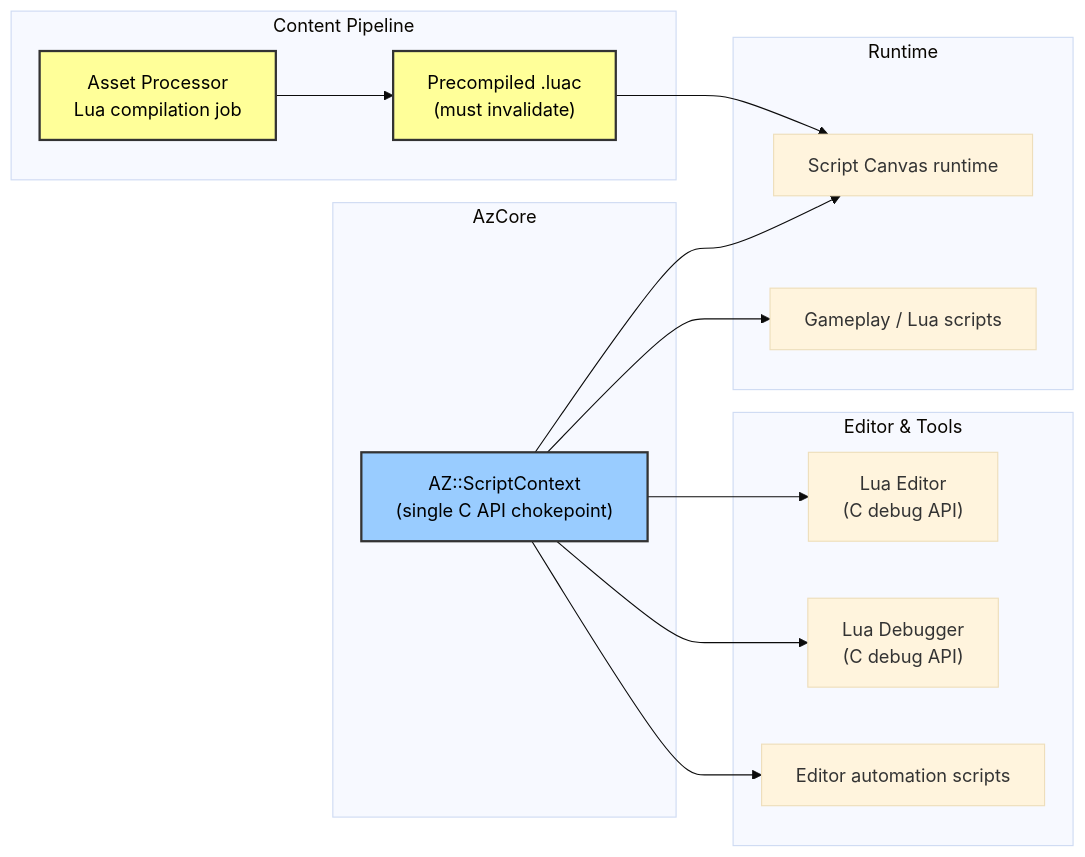
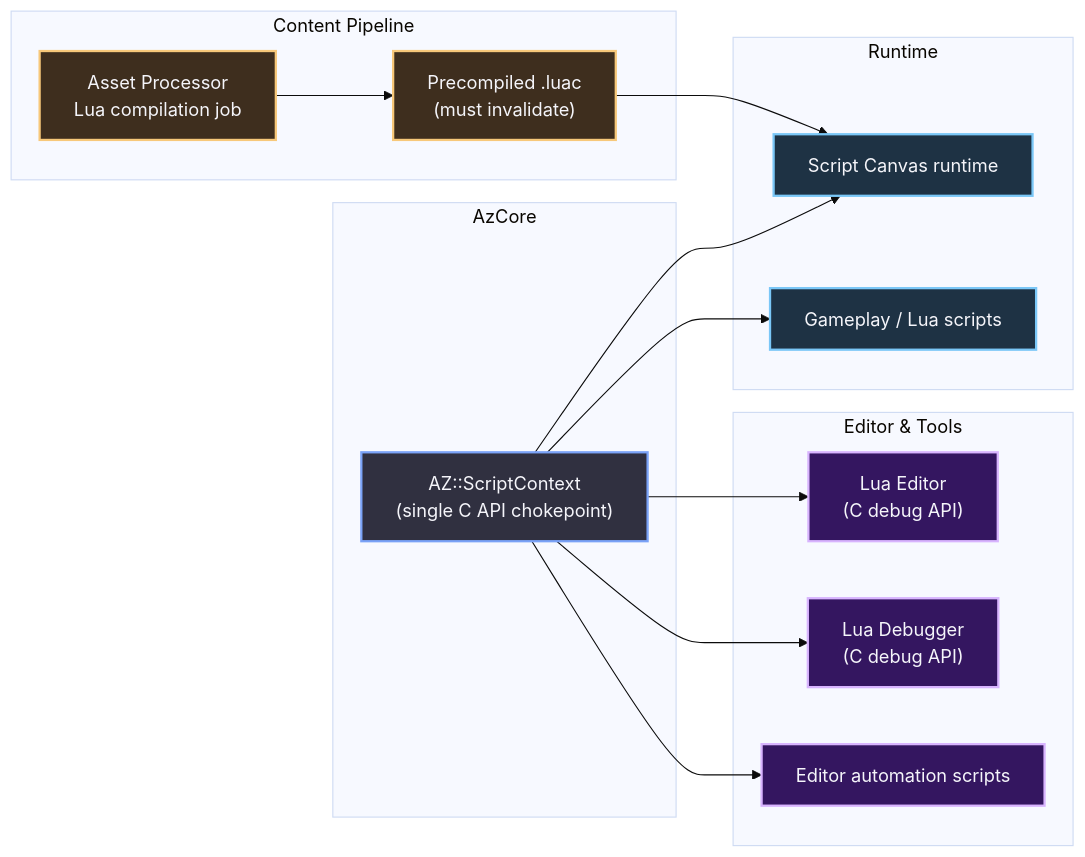
Before and after one commit to Astin-A/the-workshop: the fourth of 7 diagrams in content/Engine shit/O3DE/Atomic/8 Lua 5.5.1.md, drawn with Mermaid (base theme). The commit also changed other lines of this file and 24 other files, not shown here.

````diff
--- a/content/Engine shit/O3DE/Atomic/8 Lua 5.5.1.md
+++ b/content/Engine shit/O3DE/Atomic/8 Lua 5.5.1.md
@@ -141,33 +165,39 @@
 ```mermaid
 graph LR
     subgraph AzCore
         SC["AZ::ScriptContext<br/>(single C API chokepoint)"]
     end
     
     subgraph "Content Pipeline"
         AP["Asset Processor<br/>Lua compilation job"]
         AP --> LUAC["Precompiled .luac<br/>(must invalidate)"]
     end
     
     subgraph "Runtime"
         SCanvas["Script Canvas runtime"]
         GAME["Gameplay / Lua scripts"]
     end
     
     subgraph "Editor & Tools"
         LEdit["Lua Editor<br/>(C debug API)"]
         LDebug["Lua Debugger<br/>(C debug API)"]
         Auto["Editor automation scripts"]
     end
     
     SC --> SCanvas
     SC --> GAME
     SC --> LEdit
     SC --> LDebug
     SC --> Auto
     LUAC --> SCanvas
-    
-    style SC fill:#9cf,stroke:#333,stroke-width:2px,color:#000
-    style LUAC fill:#ff9,stroke:#333,stroke-width:2px,color:#000
-    style AP fill:#ff9,stroke:#333,stroke-width:2px,color:#000
+
+    classDef default fill:#303040,stroke:#7aa2f7,stroke-width:2px,color:#f5f5fa;
+    classDef warning fill:#3e2e1e,stroke:#f7c87a,stroke-width:2px,color:#f5f5fa;
+    classDef info fill:#1e3244,stroke:#7ac7f7,stroke-width:2px,color:#f5f5fa;
+    classDef highlight fill:#341660,stroke:#d8b4fe,stroke-width:2px,color:#f5f5fa;
+
+    class SC default;
+    class AP,LUAC warning;
+    class SCanvas,GAME info;
+    class LEdit,LDebug,Auto highlight;
 ```
````
